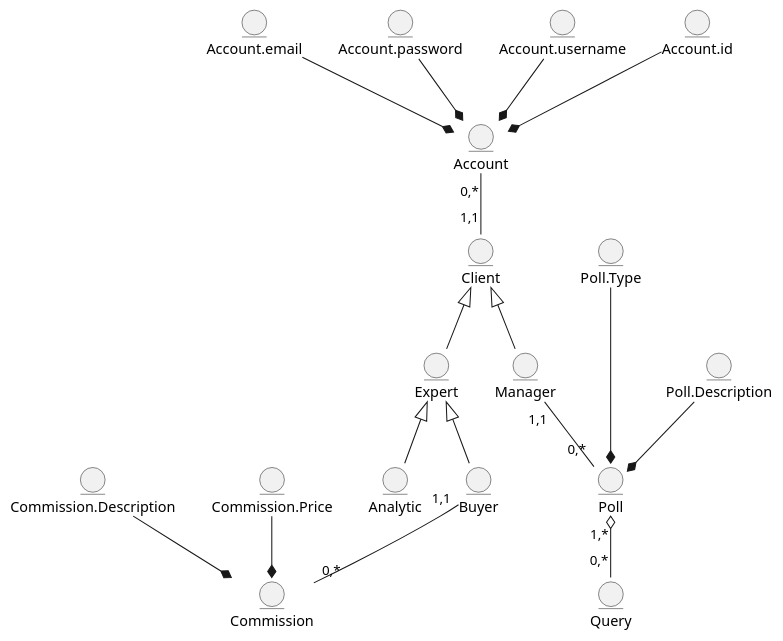
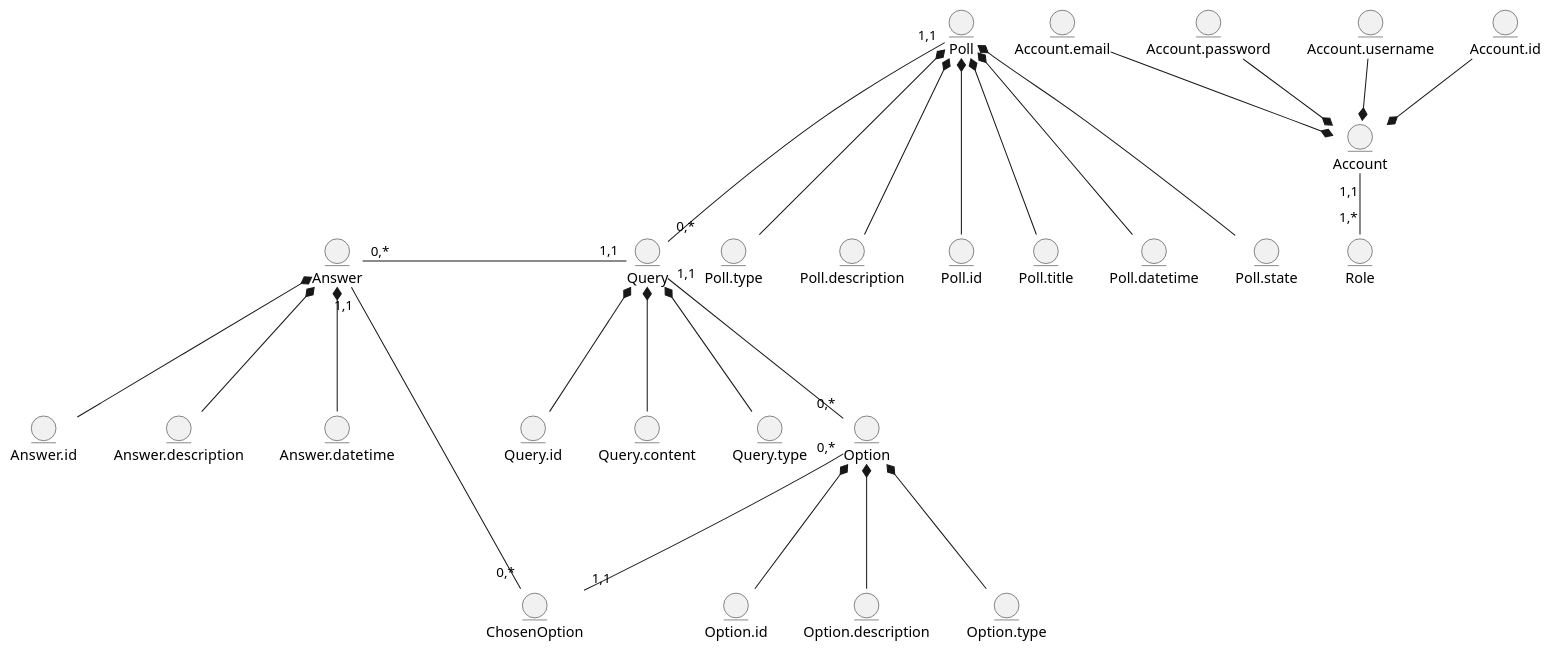
Before and after one commit to YehorSeniuk/IOO: the first of 2 diagrams in docs/design/README.md, drawn with PlantUML.

```diff
--- a/docs/design/README.md
+++ b/docs/design/README.md
@@ -6,58 +6,74 @@
 @startuml
- entity Client
- 
- entity Expert
+
   
  entity Poll
   
- entity Query
-
-  
- entity Analytic
-  
- entity Manager
-
- entity Buyer
-
+entity Query
+entity Query.id
+entity Query.content
+entity Query.type
 
 
 entity Account
 entity Account.email
 entity Account.password
 entity Account.username
 entity Account.id
 
 
- entity Poll
- entity Poll.Type
-entity Poll.Description
- entity Commission
- entity Commission.Description
-entity Commission.Price
+entity Poll
+entity Poll.type
+entity Poll.description
+entity Poll.id
+entity Poll.title
+entity Poll.datetime
+entity Poll.state
 
-
-
-Client <|-- Manager
-Client <|-- Expert
-Expert <|-- Analytic
-Expert <|-- Buyer
-
+entity Role
 Account.email --* Account
 Account.password --* Account
 Account.username --* Account
 Account.id --* Account
 
-Account "0,*"-- "1,1" Client
+entity Option
+entity Option.id
+entity Option.description
+entity Option.type
 
-Buyer "1,1" -- "0,*" Commission
-
-Commission.Price --* Commission
-Commission.Description --* Commission
-
-Poll.Type ---* Poll
-Poll.Description --* Poll
-Manager "1,1"-- "0,*" Poll
-Query "0,*" -u-o "1,*" Poll
+entity ChosenOption
+entity Answer
+entity Answer.id
+entity Answer.description 
+entity Answer.datetime
 
 
+
+
+Role "1,*" -u- "1,1"Account
+
+Poll *--- Poll.id
+Poll *--- Poll.description
+Poll *--- Poll.type
+Poll *--- Poll.title
+Poll *--- Poll.datetime
+Poll *--- Poll.state
+
+Query *--- Query.id
+Query *--- Query.content
+Query *--- Query.type
+
+Option *--- Option.id
+Option *--- Option.description
+Option *--- Option.type
+
+Answer *--- Answer.id
+Answer *--- Answer.description
+Answer *--- Answer.datetime
+
+Poll "1,1"--- "0,*" Query
+Query "1,1" --- "0,*" Option
+Query "1,1" --l-- "0,*" Answer
+Option "0,*" --- "1,1" ChosenOption
+ChosenOption "0,*" --- "1,1" Answer
+
 @enduml
```
